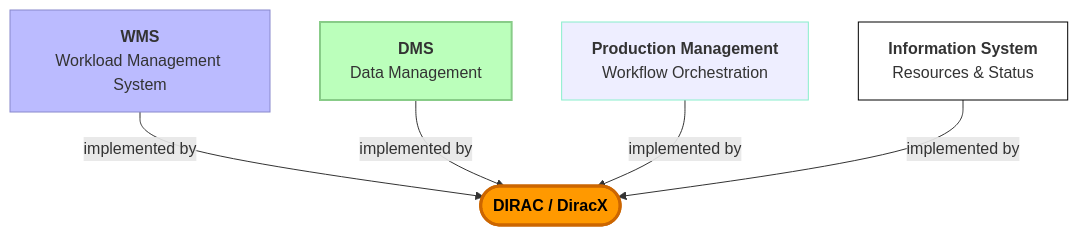
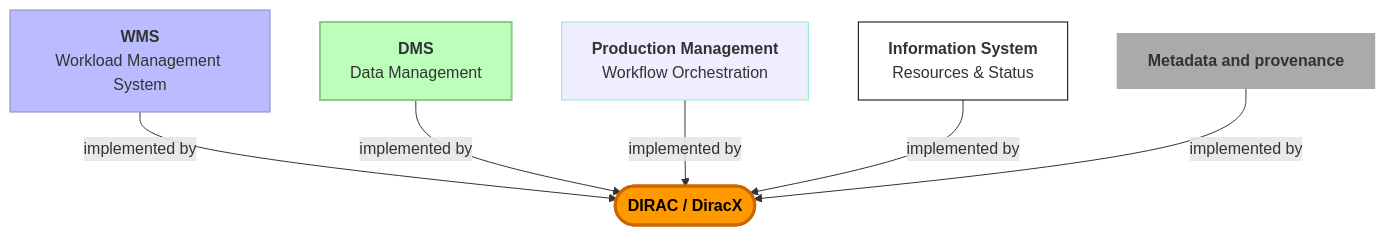
One commit to fstagni/2026_Rucio_Workshop changed the third of 7 diagrams in slides.md. Above: the diagram before and after it, drawn with Mermaid. The commit also changed other lines of this file and 5 other files, not shown here.

````diff
--- a/slides.md
+++ b/slides.md
@@ -148,26 +163,29 @@
 ```mermaid
 %%{init: { 'theme': 'default' }}%%
 flowchart TD
     WMS["`**WMS**
     Workload Management System`"]
     DMS["`**DMS**
     Data Management`"]
     PROD["`**Production Management**
     Workflow Orchestration`"]
     IS["`**Information System**
     Resources & Status`"]
+    MD["`**Metadata and provenance**`"]
 
     style WMS fill:#bbf,stroke:#88c
     style DMS fill:#bfb,stroke:#8c8,stroke-width:2px
     style PROD fill:#eef,stroke:#8ec
     style IS fill:#fff,stroke:#000
+    style MD fill:#aaa,stroke:#aaa,stroke-width:2px
 
     DIRAC(["`**DIRAC / DiracX**`"])
 
     style DIRAC fill:#f90,color:#000,stroke:#c60,stroke-width:3px
 
     WMS -->|implemented by| DIRAC
     DMS -->|implemented by| DIRAC
     PROD -->|implemented by| DIRAC
     IS -->|implemented by| DIRAC
+    MD -->|implemented by| DIRAC
 ```
````
